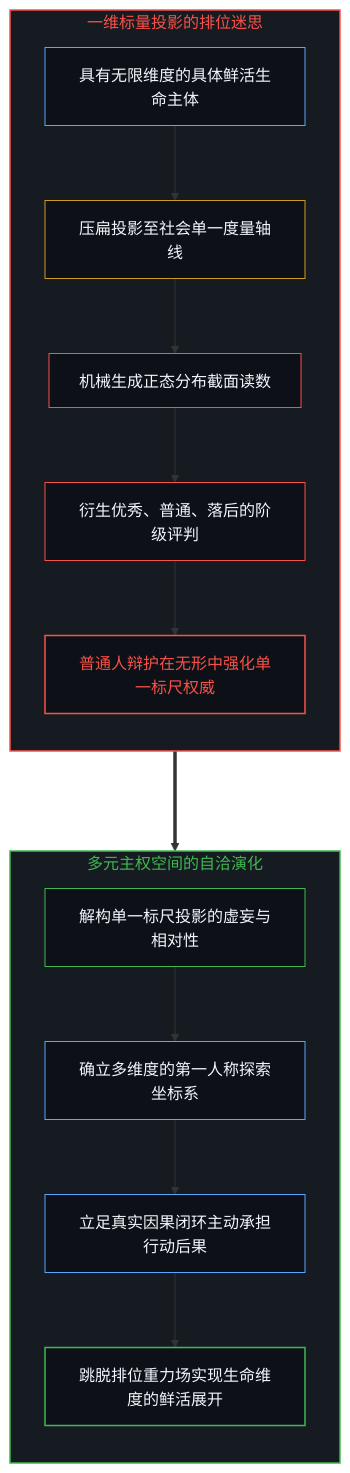
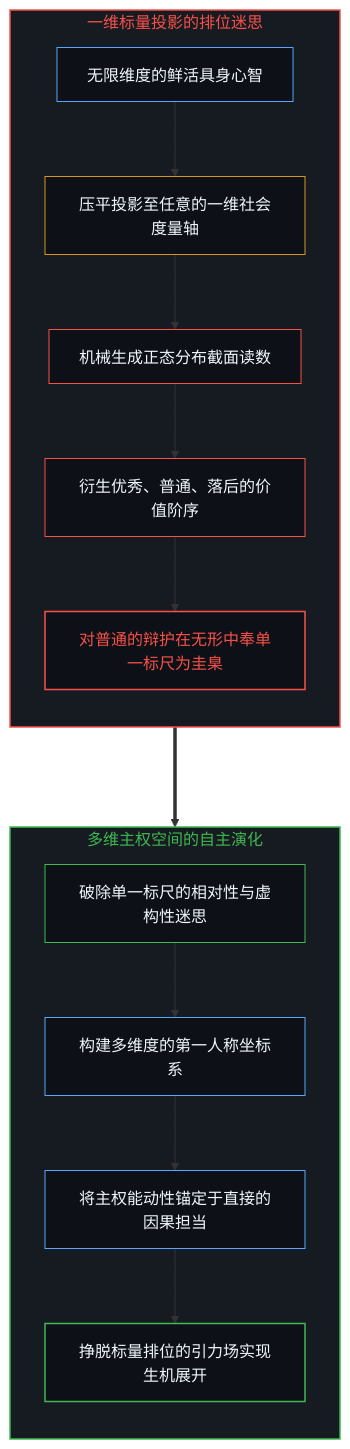
The ninth of 10 diagrams in content/posts/the-explanatory-trap-of-the-ordinary-perspective.md (powerpig99/not-a-toe), drawn with Mermaid before and after one commit. The commit also changed other lines of this file and 12 other files, not shown here.

````diff
--- a/content/posts/the-explanatory-trap-of-the-ordinary-perspective.md
+++ b/content/posts/the-explanatory-trap-of-the-ordinary-perspective.md
@@ -311,31 +313,31 @@
 ```mermaid
-graph TD
+flowchart TD
     subgraph S_ScalarTrap ["一维标量投影的排位迷思"]
         direction TB
-        P_HighDim["具有无限维度的具体鲜活生命主体"] --> P_Project["压扁投影至社会单一度量轴线"]
+        P_HighDim["无限维度的鲜活具身心智"] --> P_Project["压平投影至任意的一维社会度量轴"]
         P_Project --> P_Bell["机械生成正态分布截面读数"]
-        P_Bell --> P_Rank["衍生优秀、普通、落后的阶级评判"]
-        P_Rank --> P_Validate["普通人辩护在无形中强化单一标尺权威"]
+        P_Bell --> P_Rank["衍生优秀、普通、落后的价值阶序"]
+        P_Rank --> P_Validate["对普通的辩护在无形中奉单一标尺为圭臬"]
     end
 
-    subgraph S_MultidimSovereign ["多元主权空间的自洽演化"]
+    subgraph S_MultidimSovereign ["多维主权空间的自主演化"]
         direction TB
-        S_Deconstruct["解构单一标尺投影的虚妄与相对性"] --> S_Orthogonal["确立多维度的第一人称探索坐标系"]
-        S_Orthogonal --> S_Ground["立足真实因果闭环主动承担行动后果"]
-        S_Ground --> S_Aliveness["跳脱排位重力场实现生命维度的鲜活展开"]
+        S_Deconstruct["破除单一标尺的相对性与虚构性迷思"] --> S_Orthogonal["构建多维度的第一人称坐标系"]
+        S_Orthogonal --> S_Ground["将主权能动性锚定于直接的因果担当"]
+        S_Ground --> S_Aliveness["挣脱标量排位的引力场实现生机展开"]
     end
 
     P_Validate ===> S_Deconstruct
 
     style S_ScalarTrap fill:#161b22,stroke:#f85149,stroke-width:1.5px,color:#f85149
     style S_MultidimSovereign fill:#161b22,stroke:#3fb950,stroke-width:1.5px,color:#3fb950
     style P_HighDim fill:#0d1117,stroke:#58a6ff,stroke-width:1px,color:#f0f6fc
     style P_Project fill:#0d1117,stroke:#d29922,stroke-width:1px,color:#f0f6fc
     style P_Bell fill:#0d1117,stroke:#f85149,stroke-width:1px,color:#f0f6fc
     style P_Rank fill:#0d1117,stroke:#f85149,stroke-width:1px,color:#f0f6fc
     style P_Validate fill:#0d1117,stroke:#f85149,stroke-width:1.5px,color:#f85149
     style S_Deconstruct fill:#0d1117,stroke:#3fb950,stroke-width:1px,color:#f0f6fc
     style S_Orthogonal fill:#0d1117,stroke:#58a6ff,stroke-width:1px,color:#f0f6fc
     style S_Ground fill:#0d1117,stroke:#58a6ff,stroke-width:1px,color:#f0f6fc
     style S_Aliveness fill:#0d1117,stroke:#3fb950,stroke-width:1.5px,color:#f0f6fc
 ```
````
